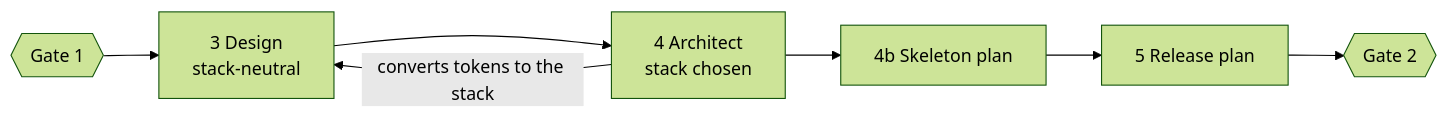
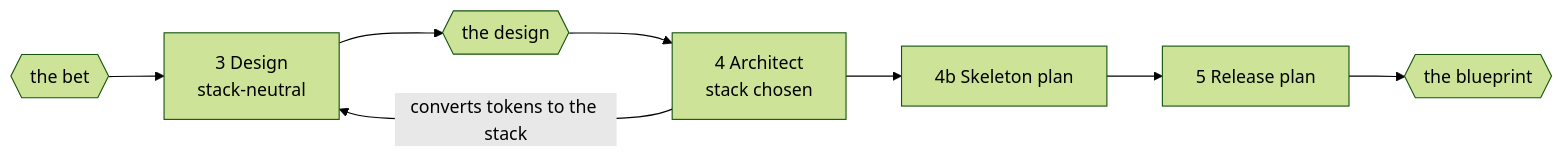
Before and after one commit to sultanassi95/mission-control: the diagram in .claude/skills/product-flow/phases/02-design-architect.md, drawn with Mermaid (forest theme). The commit also changed other lines of this file and 6 other files, not shown here.

First line of the commit message:
feat(mc-091): add a design gate to /product-flow, and name every gate instead of numbering it

````diff
--- a/.claude/skills/product-flow/phases/02-design-architect.md
+++ b/.claude/skills/product-flow/phases/02-design-architect.md
@@ -6,5 +6,5 @@
 ```mermaid
 flowchart LR
-  G1{{Gate 1}} --> D[3 Design<br/>stack-neutral] --> A[4 Architect<br/>stack chosen] --> S[4b Skeleton plan] --> P[5 Release plan] --> G2{{Gate 2}}
+  G1{{the bet}} --> D[3 Design<br/>stack-neutral] --> GD{{the design}} --> A[4 Architect<br/>stack chosen] --> S[4b Skeleton plan] --> P[5 Release plan] --> G2{{the blueprint}}
   A -->|converts tokens to the stack| D
 ```
````
